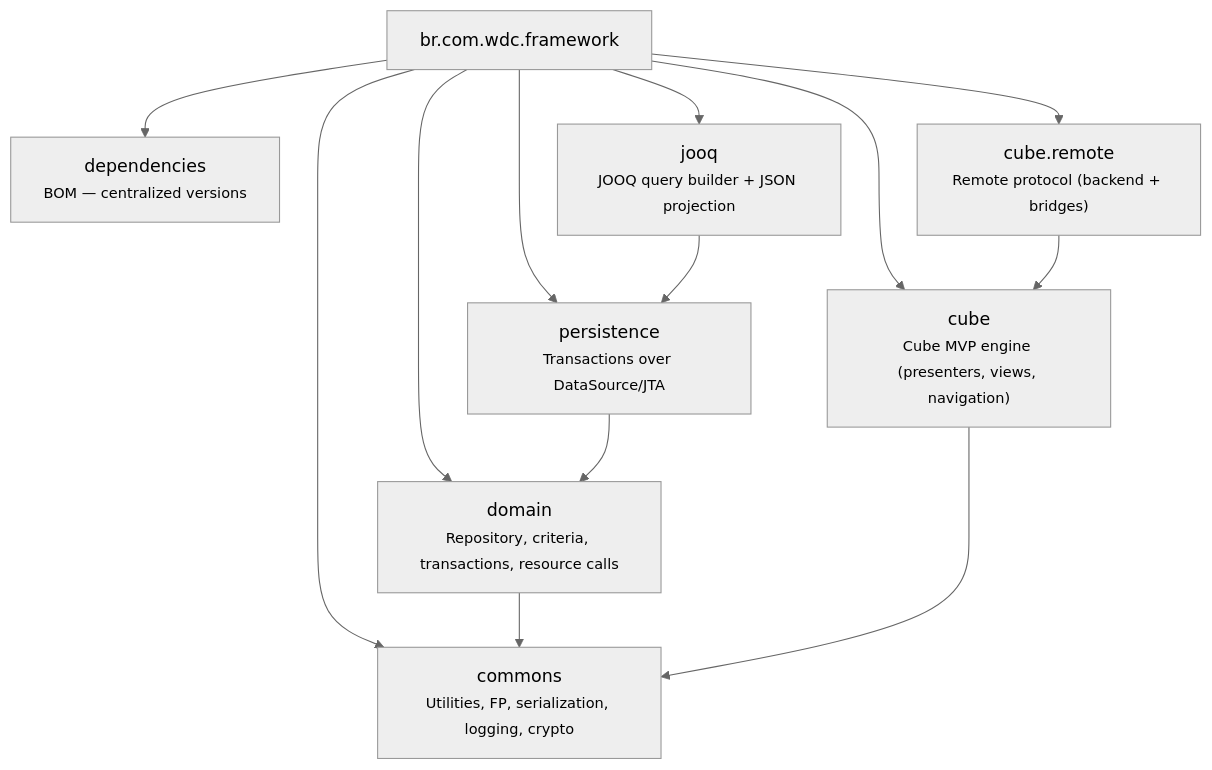
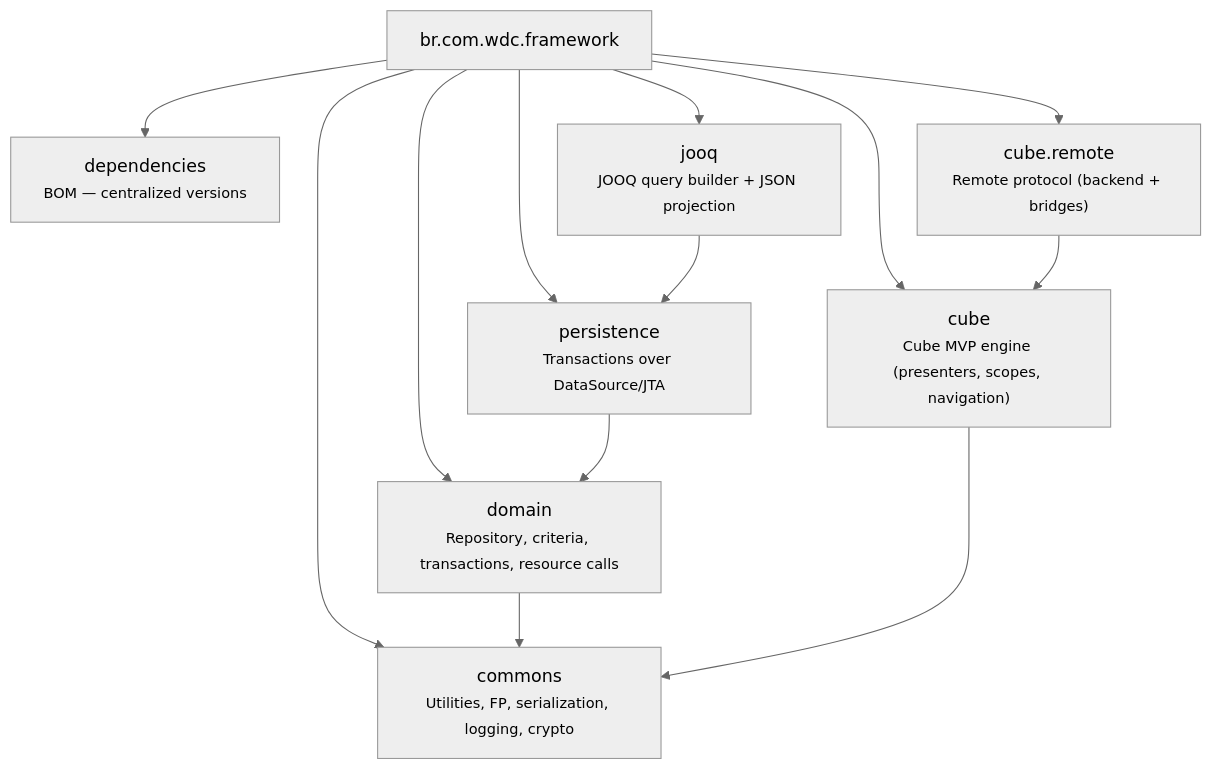
One commit to mrcdom/wdc-cube-java-v2 changed the diagram in fontes/br.com.wdc.framework/README.md. Above: the diagram before and after it, drawn with Mermaid (neutral theme). The commit also changed other lines of this file and 28 other files, not shown here.

````diff
--- a/fontes/br.com.wdc.framework/README.md
+++ b/fontes/br.com.wdc.framework/README.md
@@ -9,25 +9,25 @@
 ```mermaid
 graph TD
     fw["br.com.wdc.framework"]
 
     deps["dependencies<br/><small>BOM — centralized versions</small>"]
     commons["commons<br/><small>Utilities, FP, serialization, logging, crypto</small>"]
     domain["domain<br/><small>Repository, criteria, transactions, resource calls</small>"]
     persistence["persistence<br/><small>Transactions over DataSource/JTA</small>"]
     jooq["jooq<br/><small>JOOQ query builder + JSON projection</small>"]
-    cube["cube<br/><small>Cube MVP engine (presenters, views, navigation)</small>"]
+    cube["cube<br/><small>Cube MVP engine (presenters, scopes, navigation)</small>"]
     cubeRemote["cube.remote<br/><small>Remote protocol (backend + bridges)</small>"]
 
     fw --> deps
     fw --> commons
     fw --> domain
     fw --> persistence
     fw --> jooq
     fw --> cube
     fw --> cubeRemote
     domain --> commons
     persistence --> domain
     jooq --> persistence
     cube --> commons
     cubeRemote --> cube
 ```
````
